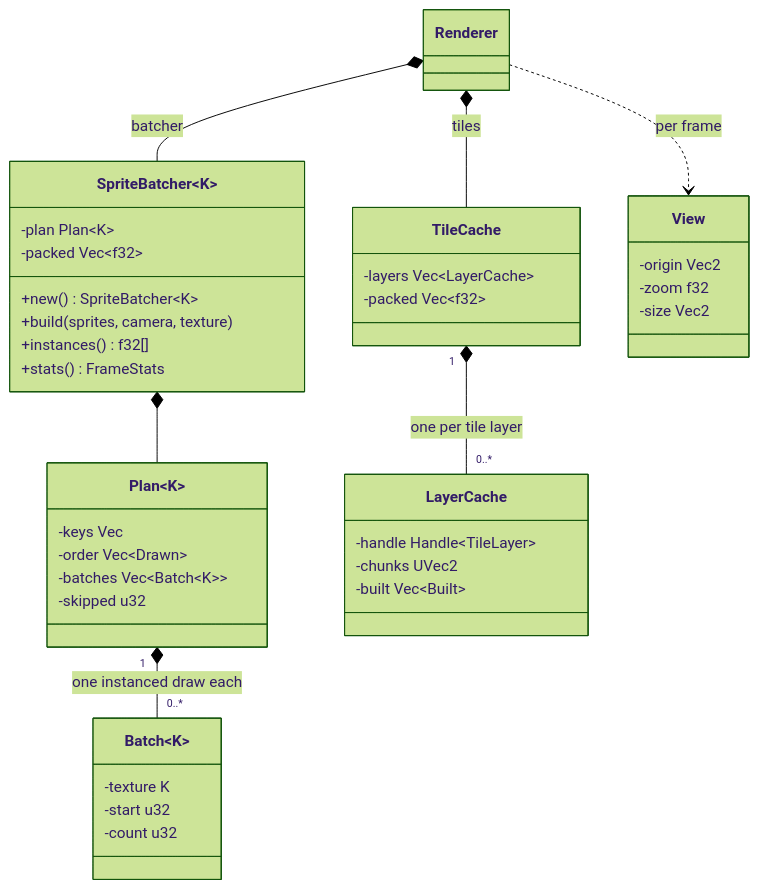
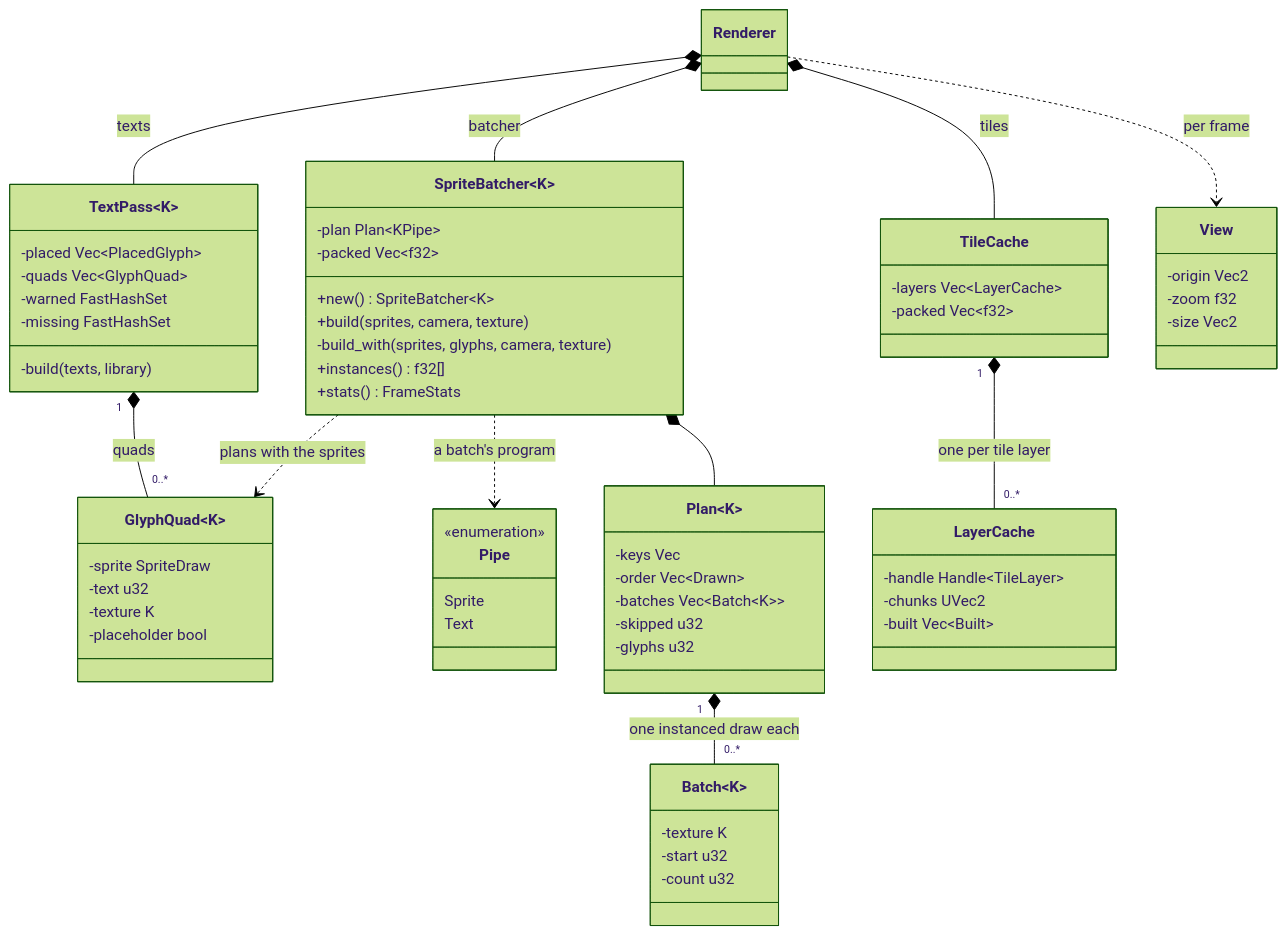
Diagram 14 of 31 in diagrams/class-diagram.md (jabbott-iii/Nadir), drawn with Mermaid (forest theme) before and after one commit. The commit also changed other lines of this file and 35 other files, not shown here.

````diff
--- a/diagrams/class-diagram.md
+++ b/diagrams/class-diagram.md
@@ -1092,44 +1102,68 @@
 ```mermaid
 classDiagram
     direction TB
     class Renderer
     class SpriteBatcher~K~ {
-        -plan Plan~K~
+        -plan Plan~KPipe~
         -packed Vec~f32~
         +new() SpriteBatcher~K~
         +build(sprites, camera, texture)
+        -build_with(sprites, glyphs, camera, texture)
         +instances() f32[]
         +stats() FrameStats
+    }
+    class TextPass~K~ {
+        -placed Vec~PlacedGlyph~
+        -quads Vec~GlyphQuad~
+        -warned FastHashSet
+        -missing FastHashSet
+        -build(texts, library)
+    }
+    class GlyphQuad~K~ {
+        -sprite SpriteDraw
+        -text u32
+        -texture K
+        -placeholder bool
+    }
+    class Pipe {
+        <<enumeration>>
+        Sprite
+        Text
     }
     class Plan~K~ {
         -keys Vec
         -order Vec~Drawn~
         -batches Vec~Batch~K~~
         -skipped u32
+        -glyphs u32
     }
     class Batch~K~ {
         -texture K
         -start u32
         -count u32
     }
     class TileCache {
         -layers Vec~LayerCache~
         -packed Vec~f32~
     }
     class LayerCache {
         -handle Handle~TileLayer~
         -chunks UVec2
         -built Vec~Built~
     }
     class View {
         -origin Vec2
         -zoom f32
         -size Vec2
     }
     Renderer *-- SpriteBatcher : batcher
+    Renderer *-- TextPass : texts
     Renderer *-- TileCache : tiles
+    TextPass "1" *-- "0..*" GlyphQuad : quads
+    SpriteBatcher ..> GlyphQuad : plans with the sprites
+    SpriteBatcher ..> Pipe : a batch's program
     Renderer ..> View : per frame
     SpriteBatcher *-- Plan
     Plan "1" *-- "0..*" Batch : one instanced draw each
     TileCache "1" *-- "0..*" LayerCache : one per tile layer
 ```
````
